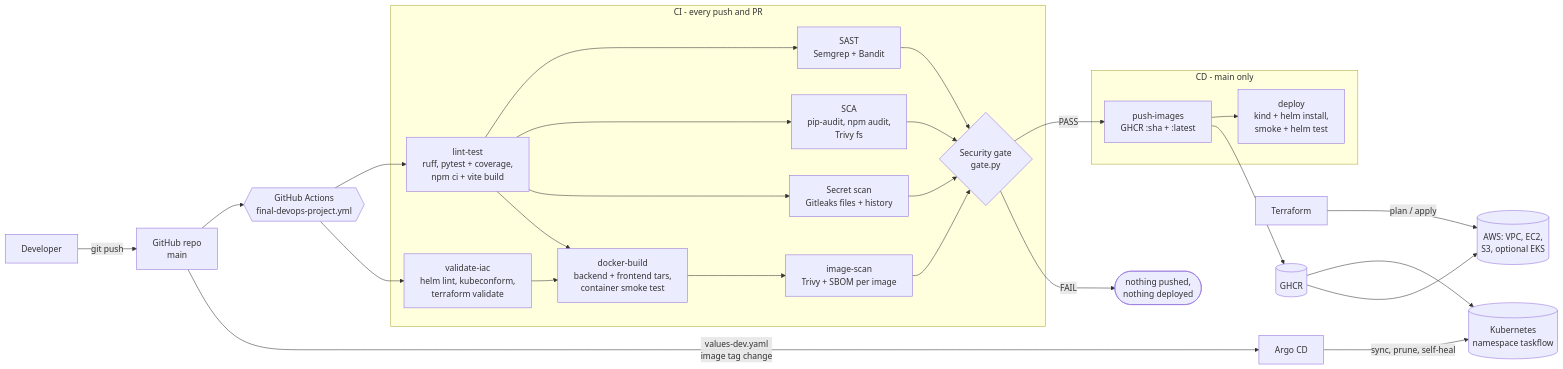
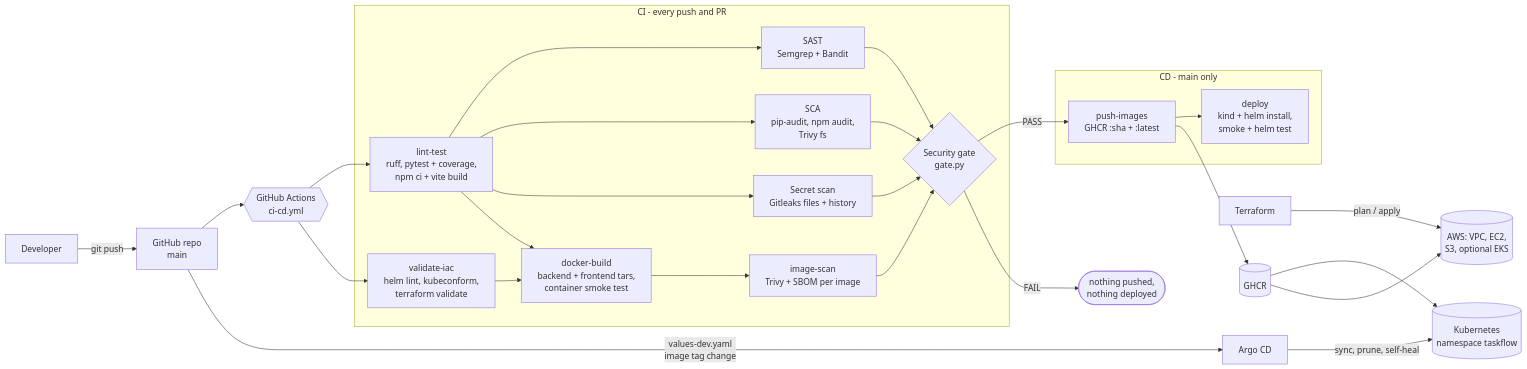
Before and after one commit to Bhuvanesh66/taskflow-devops-capstone: the first of 2 diagrams in README.md, drawn with Mermaid. The commit also changed other lines of this file and 13 other files, not shown here.

````diff
--- a/README.md
+++ b/README.md
@@ -42,35 +42,35 @@
 ```mermaid
 flowchart LR
     dev[Developer] -->|git push| gh[GitHub repo<br/>main]
-    gh --> ci{{GitHub Actions<br/>final-devops-project.yml}}
+    gh --> ci{{GitHub Actions<br/>ci-cd.yml}}
 
     subgraph CI[CI - every push and PR]
         lt[lint-test<br/>ruff, pytest + coverage,<br/>npm ci + vite build]
         iac[validate-iac<br/>helm lint, kubeconform,<br/>terraform validate]
         sast[SAST<br/>Semgrep + Bandit]
         sca[SCA<br/>pip-audit, npm audit,<br/>Trivy fs]
         sec[Secret scan<br/>Gitleaks files + history]
         build[docker-build<br/>backend + frontend tars,<br/>container smoke test]
         scan[image-scan<br/>Trivy + SBOM per image]
         gate{Security gate<br/>gate.py}
     end
 
     ci --> lt & iac
     lt --> sast & sca & sec
     lt & iac --> build --> scan
     sast & sca & sec & scan --> gate
 
     subgraph CD[CD - main only]
         push[push-images<br/>GHCR :sha + :latest]
         deploy[deploy<br/>kind + helm install,<br/>smoke + helm test]
     end
     gate -->|PASS| push --> deploy
     gate -->|FAIL| stop([nothing pushed,<br/>nothing deployed])
 
     push --> ghcr[(GHCR)]
     gh -->|values-dev.yaml<br/>image tag change| argo[Argo CD]
     ghcr --> k8s
     argo -->|sync, prune, self-heal| k8s[(Kubernetes<br/>namespace taskflow)]
     tf[Terraform] -->|plan / apply| aws[(AWS: VPC, EC2,<br/>S3, optional EKS)]
     ghcr --> aws
 ```
````
